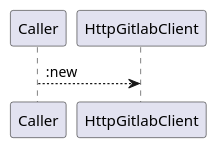
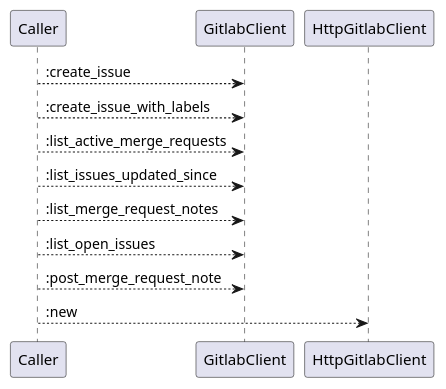
The fifth of 6 diagrams in openwiki/crates_factory_infrastructure_src_gitlab.md (lgcorzo/rust_CACD_autonomous_factory), drawn with PlantUML before and after one commit. The commit also changed other lines of this file and 96 other files, not shown here.

````diff
--- a/openwiki/crates_factory_infrastructure_src_gitlab.md
+++ b/openwiki/crates_factory_infrastructure_src_gitlab.md
@@ -286,6 +513,13 @@
 ```plantuml
 @startuml
+Caller --> GitlabClient::create_issue
+Caller --> GitlabClient::create_issue_with_labels
+Caller --> GitlabClient::list_active_merge_requests
+Caller --> GitlabClient::list_issues_updated_since
+Caller --> GitlabClient::list_merge_request_notes
+Caller --> GitlabClient::list_open_issues
+Caller --> GitlabClient::post_merge_request_note
 Caller --> HttpGitlabClient::new
 @enduml
 
 ```
````
